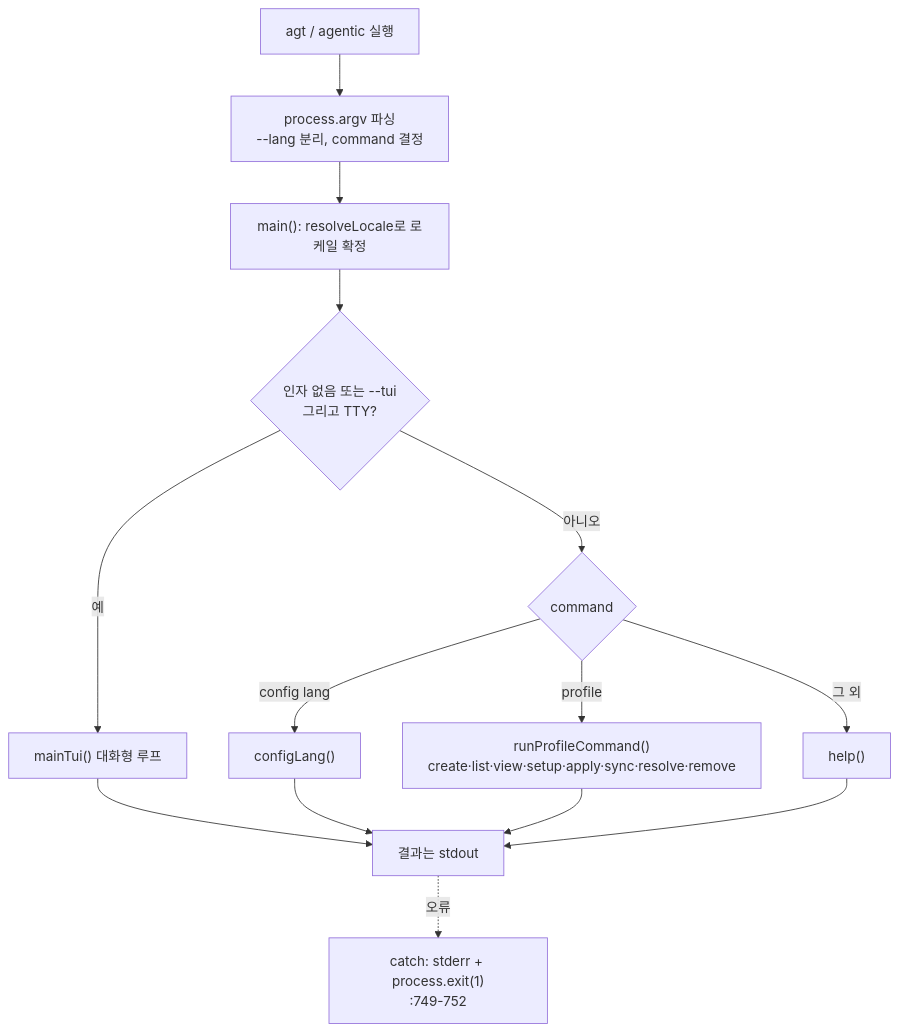
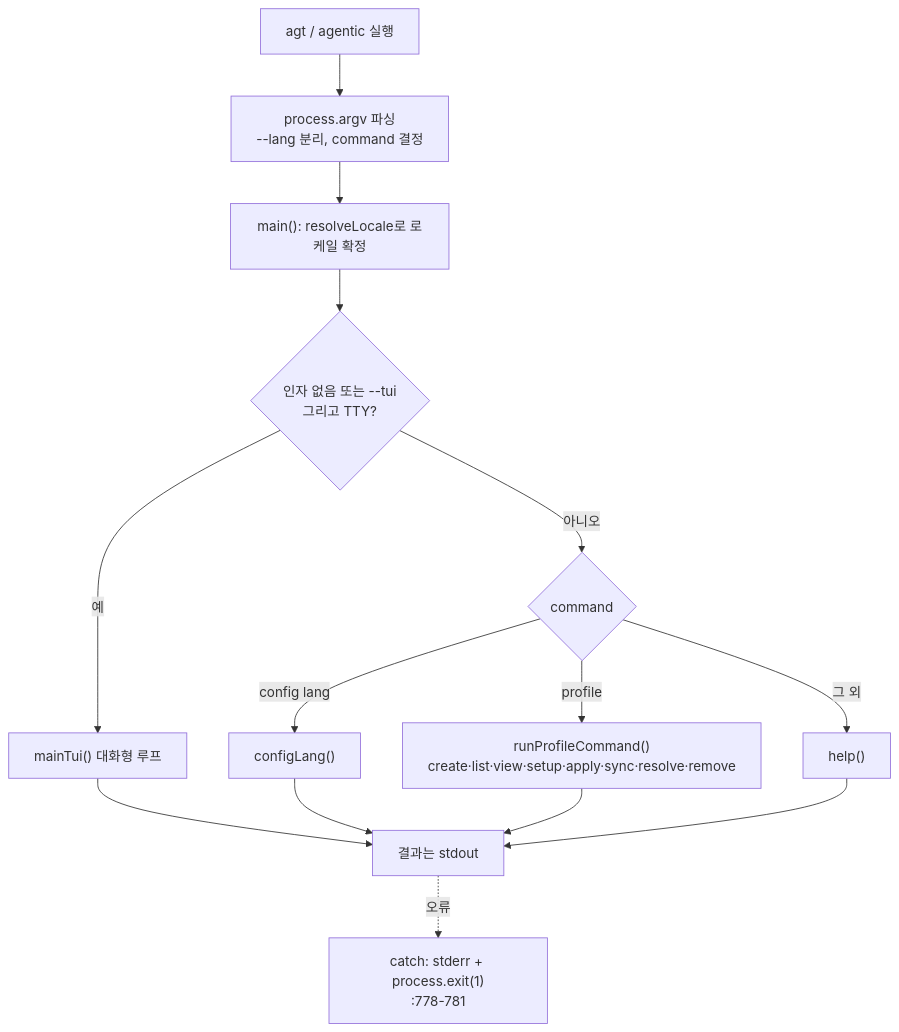
The second of 8 diagrams in docs/architecture/implementation-mechanics.md (IsthisLee/agent-context-manager), drawn with Mermaid before and after one commit. The commit also changed other lines of this file and 17 other files, not shown here.

````diff
--- a/docs/architecture/implementation-mechanics.md
+++ b/docs/architecture/implementation-mechanics.md
@@ -70,16 +70,16 @@
 ```mermaid
 flowchart TD
   A["agt / agentic 실행"] --> B["process.argv 파싱<br/>--lang 분리, command 결정"]
   B --> C["main(): resolveLocale로 로케일 확정"]
   C --> D{"인자 없음 또는 --tui<br/>그리고 TTY?"}
   D -->|"예"| TUI["mainTui() 대화형 루프"]
   D -->|"아니오"| E{"command"}
   E -->|"config lang"| LANG["configLang()"]
   E -->|"profile"| PROF["runProfileCommand()<br/>create·list·view·setup·apply·sync·resolve·remove"]
   E -->|"그 외"| HELP["help()"]
   TUI --> Z["결과는 stdout"]
   LANG --> Z
   PROF --> Z
   HELP --> Z
-  Z -.->|"오류"| ERR["catch: stderr + process.exit(1)<br/>:749-752"]
+  Z -.->|"오류"| ERR["catch: stderr + process.exit(1)<br/>:778-781"]
 ```
````
